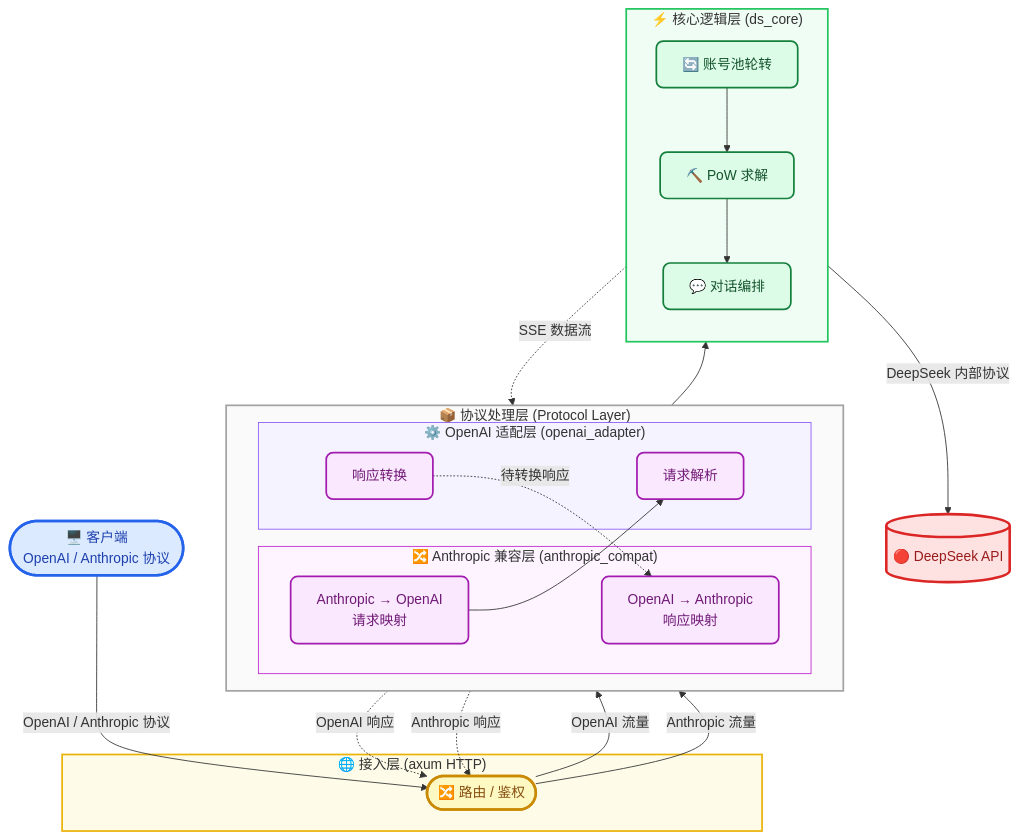
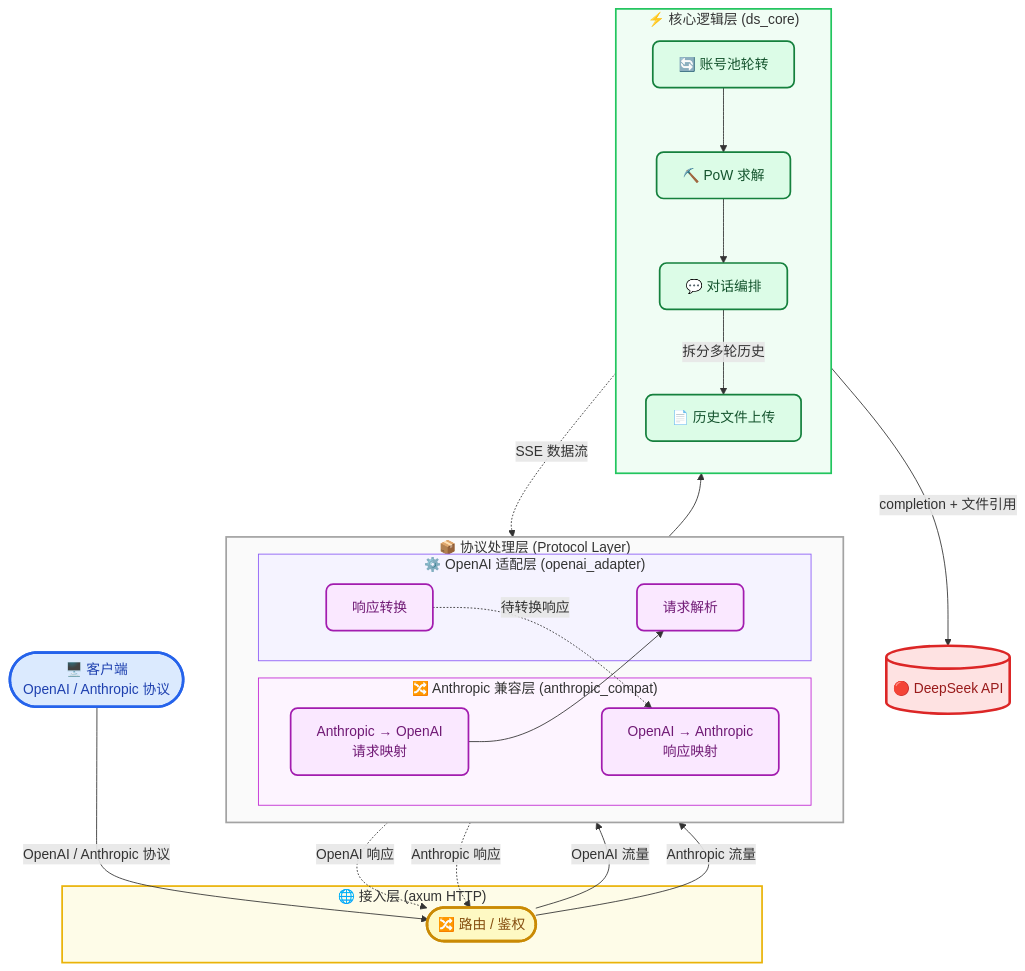
The diagram in README.md (blyenso-del/ds-free-api), drawn with Mermaid before and after one commit. The commit also changed other lines of this file and 22 other files, not shown here.

````diff
--- a/README.md
+++ b/README.md
@@ -166,62 +165,64 @@
 ```mermaid
 flowchart TB
     %% ========== 样式定义：提高对比度，统一圆角 ==========
     classDef client fill:#dbeafe,stroke:#2563eb,stroke-width:3px,color:#1e40af,rx:12,ry:12
     classDef gateway fill:#fef9c3,stroke:#ca8a04,stroke-width:3px,color:#854d0e,rx:10,ry:10
     classDef adapter fill:#fae8ff,stroke:#a21caf,stroke-width:2px,color:#701a75,rx:8,ry:8
     classDef core fill:#dcfce7,stroke:#15803d,stroke-width:2px,color:#14532d,rx:8,ry:8
     classDef external fill:#fee2e2,stroke:#dc2626,stroke-width:3px,color:#991b1b,rx:4,ry:4
 
     %% ========== 节点定义 ==========
     Client(["🖥️ 客户端<br/>OpenAI / Anthropic 协议"]):::client
 
     subgraph GW ["🌐 接入层 (axum HTTP)"]
         Server(["🔀 路由 / 鉴权"]):::gateway
     end
 
     subgraph PL ["📦 协议处理层 (Protocol Layer)"]
         direction LR
 
         subgraph AC ["🔀 Anthropic 兼容层 (anthropic_compat)"]
             A2OReq["Anthropic → OpenAI<br/>请求映射"]:::adapter
             O2AResp["OpenAI → Anthropic<br/>响应映射"]:::adapter
         end
 
         subgraph OA ["⚙️ OpenAI 适配层 (openai_adapter)"]
             ReqParse["请求解析"]:::adapter
             RespTrans["响应转换"]:::adapter
         end
     end
 
     subgraph CL ["⚡ 核心逻辑层 (ds_core)"]
         direction TB
         Pool["🔄 账号池轮转"]:::core
         Pow["⛏️ PoW 求解"]:::core
         Chat["💬 对话编排"]:::core
+        Upload["📄 历史文件上传"]:::core
     end
 
     DeepSeek[("🔴 DeepSeek API")]:::external
 
     %% ========== 请求链路（实线 →） ==========
     Client -->|"OpenAI / Anthropic 协议"| Server
     Server -->|"OpenAI 流量"| ReqParse
     Server -->|"Anthropic 流量"| A2OReq
     A2OReq --> ReqParse
     ReqParse --> Pool
     Pool --> Pow
     Pow --> Chat
-    Chat -->|"DeepSeek 内部协议"| DeepSeek
+    Chat -->|"拆分多轮历史"| Upload
+    Upload -->|"completion + 文件引用"| DeepSeek
 
     %% ========== 响应链路（虚线 -.-→） ==========
     Chat -.->|"SSE 数据流"| RespTrans
     RespTrans -.->|"OpenAI 响应"| Server
     RespTrans -.->|"待转换响应"| O2AResp
     O2AResp -.->|"Anthropic 响应"| Server
 
     %% ========== 子图背景与边框（增强层次） ==========
     style GW fill:#fefce8,stroke:#eab308,stroke-width:2px
     style PL fill:#fafafa,stroke:#a3a3a3,stroke-width:2px
     style AC fill:#fdf4ff,stroke:#c026d3,stroke-width:1px
     style OA fill:#f5f3ff,stroke:#8b5cf6,stroke-width:1px
     style CL fill:#f0fdf4,stroke:#22c55e,stroke-width:2px
 ```
````
